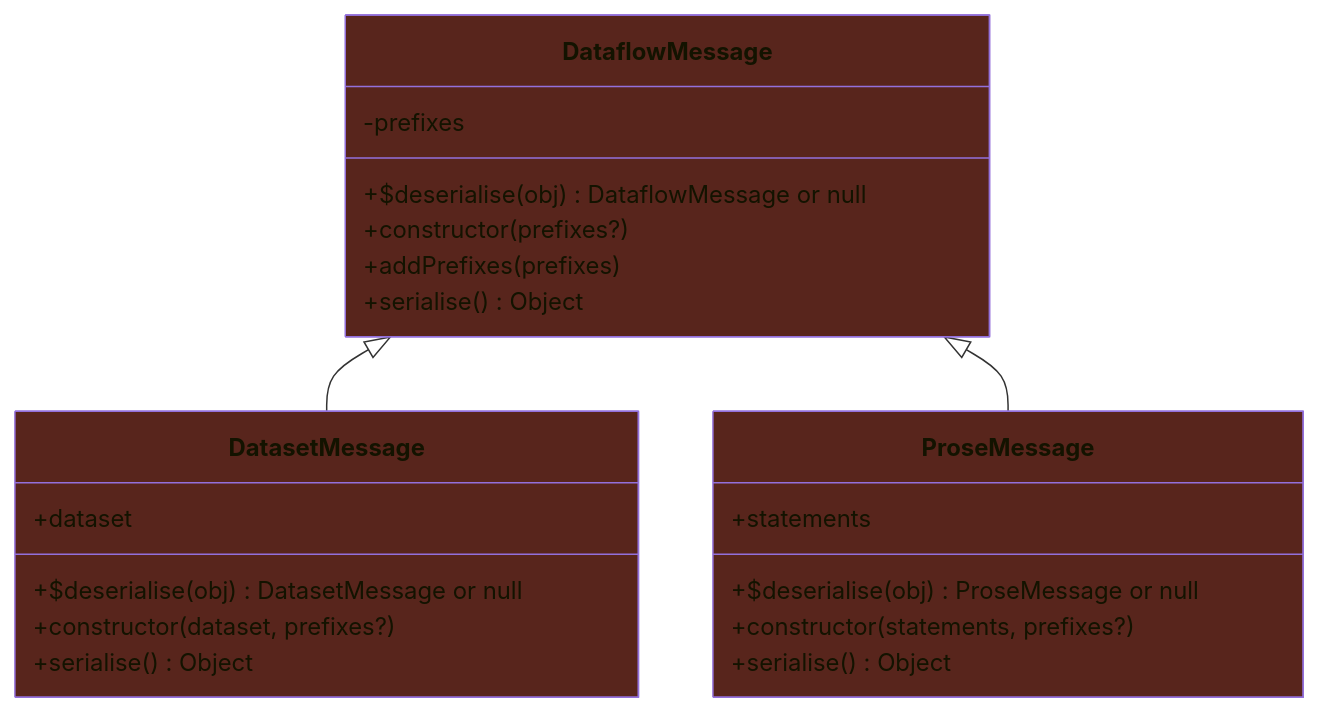
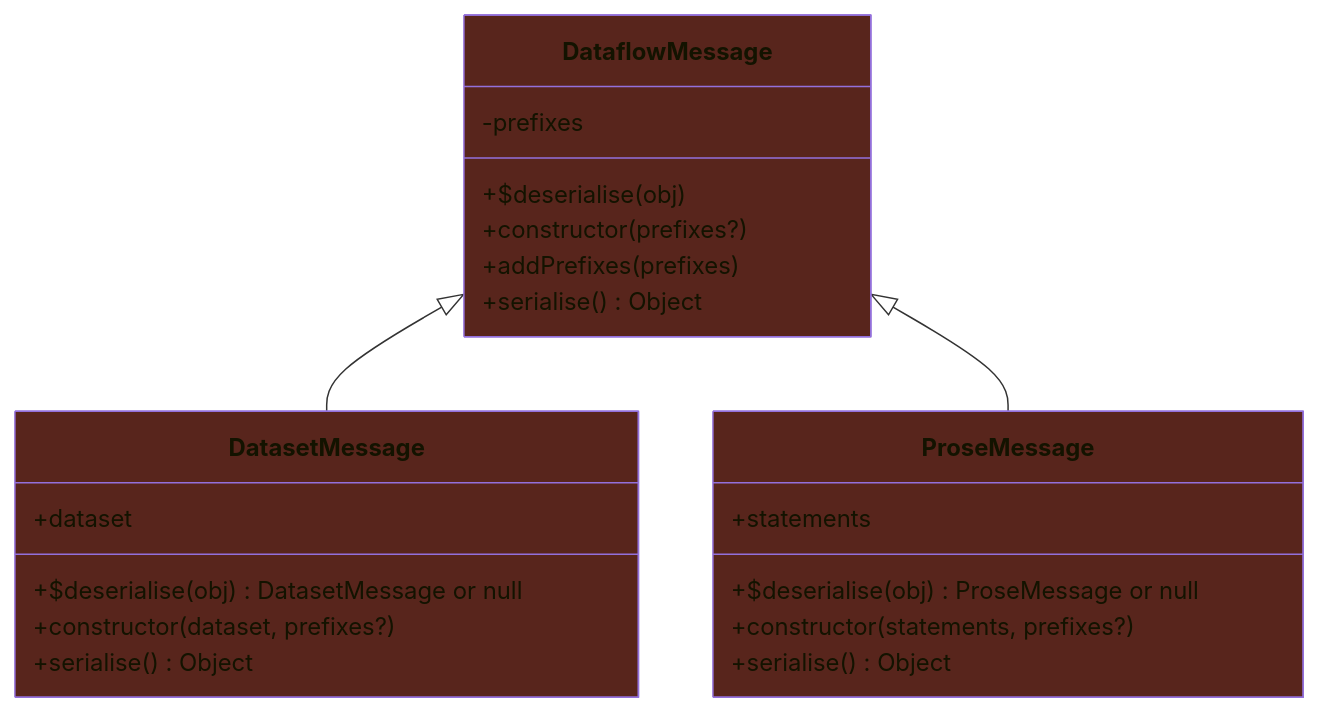
One commit to doga/rdf-dataflow changed the first of 2 diagrams in README.md. Above: the diagram before and after it, drawn with Mermaid. The commit also changed other lines of this file and 2 other files, not shown here.

````diff
--- a/README.md
+++ b/README.md
@@ -148,28 +148,28 @@
 ```mermaid
 classDiagram
   DataflowMessage <|-- DatasetMessage
   DataflowMessage <|-- ProseMessage
   class DataflowMessage {
    -prefixes
-   +$deserialise(obj) DataflowMessage or null
+   +$deserialise(obj) 
    +constructor(prefixes?)
    +addPrefixes(prefixes)
    +serialise() Object
   }
   class DatasetMessage {
    +dataset
    +$deserialise(obj) DatasetMessage or null
    +constructor(dataset, prefixes?)
    +serialise() Object
   }
   class ProseMessage {
    +statements
    +$deserialise(obj) ProseMessage or null
    +constructor(statements, prefixes?)
    +serialise() Object
   }
 
   style DataflowMessage fill:#58251C
   style DatasetMessage fill:#58251C
   style ProseMessage fill:#58251C
 ```
````
